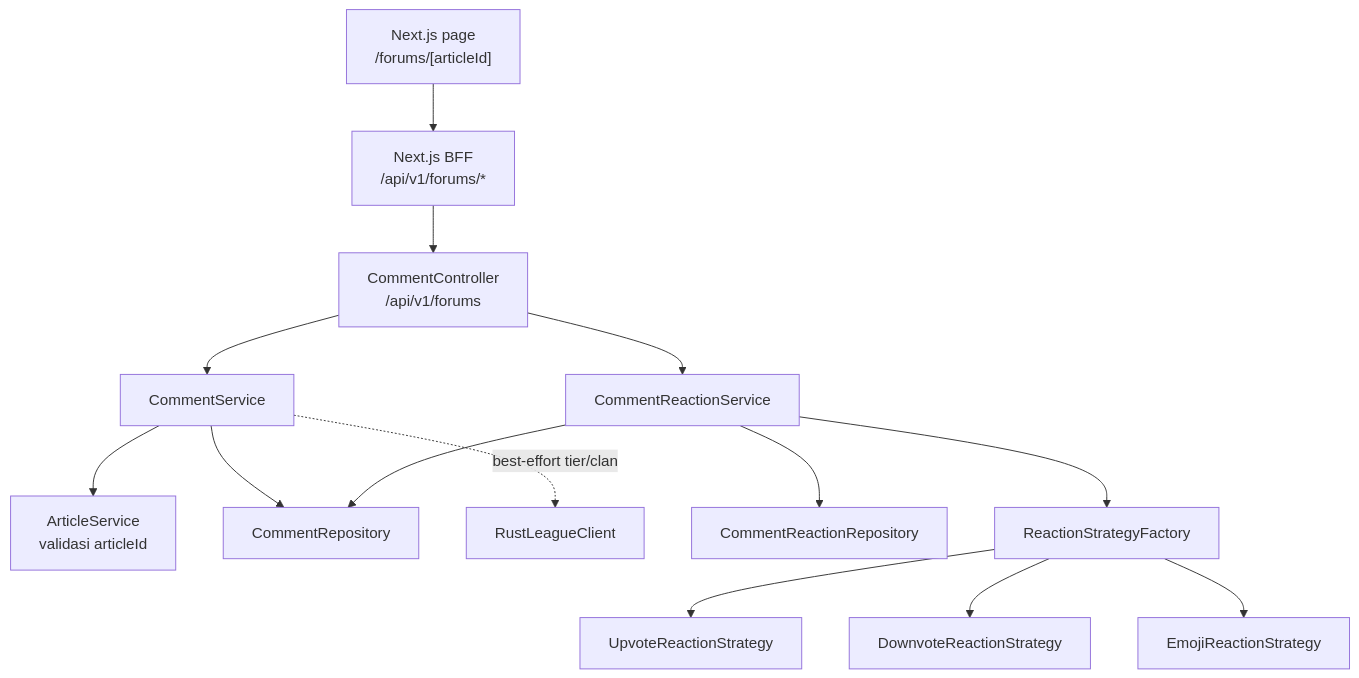
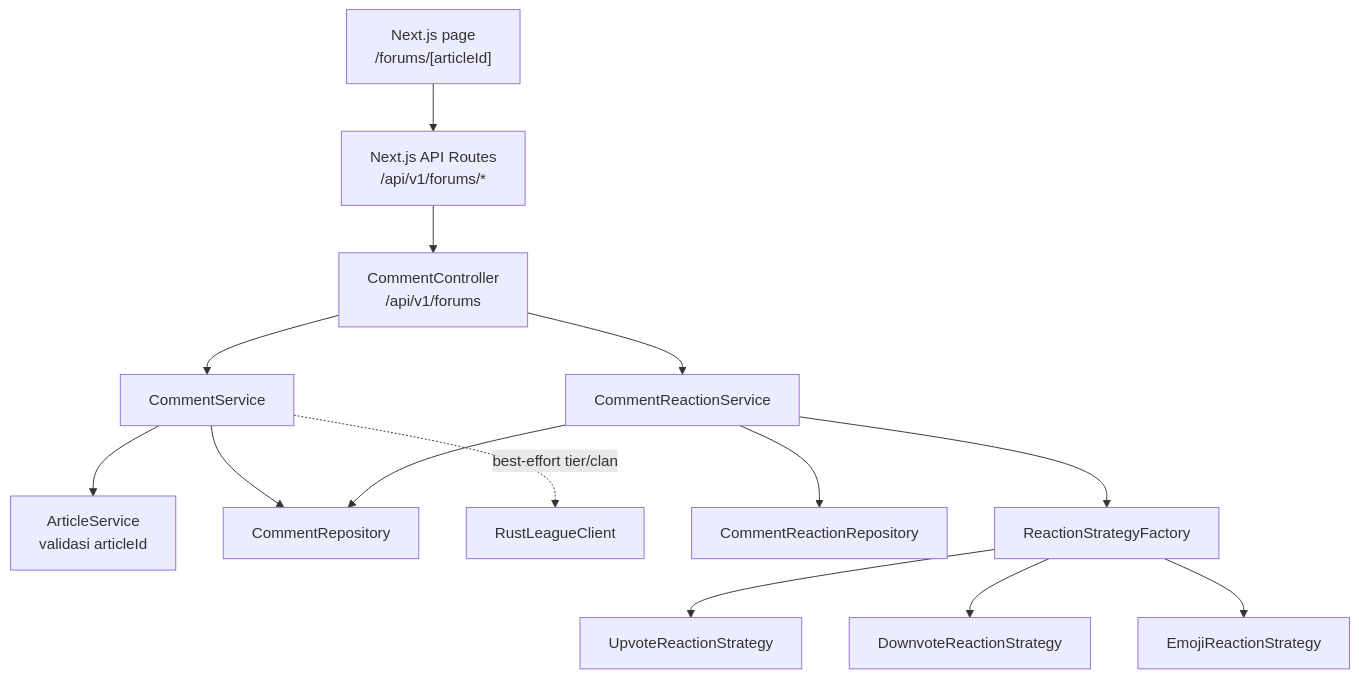
The first of 2 diagrams in content/docs/backend-java/forum.mdx (advprog-2026-A14-project/yomu-docs), drawn with Mermaid before and after one commit. The commit also changed other lines of this file and 14 other files, not shown here.

````diff
--- a/content/docs/backend-java/forum.mdx
+++ b/content/docs/backend-java/forum.mdx
@@ -14,19 +14,19 @@
 ```mermaid
 graph TD
-    FE["Next.js page<br/>/forums/[articleId]"] --> BFF["Next.js BFF<br/>/api/v1/forums/*"]
-    BFF --> CC["CommentController<br/>/api/v1/forums"]
+    FE["Next.js page<br/>/forums/[articleId]"] --> API["Next.js API Routes<br/>/api/v1/forums/*"]
+    API --> CC["CommentController<br/>/api/v1/forums"]
 
     CC --> CS["CommentService"]
     CC --> CRS["CommentReactionService"]
 
     CS --> AS["ArticleService<br/>validasi articleId"]
     CS --> CR["CommentRepository"]
     CS -. "best-effort tier/clan" .-> RLC["RustLeagueClient"]
 
     CRS --> CR
     CRS --> CRR["CommentReactionRepository"]
     CRS --> RSF["ReactionStrategyFactory"]
     RSF --> UP["UpvoteReactionStrategy"]
     RSF --> DOWN["DownvoteReactionStrategy"]
     RSF --> EMOJI["EmojiReactionStrategy"]
 ```
````
